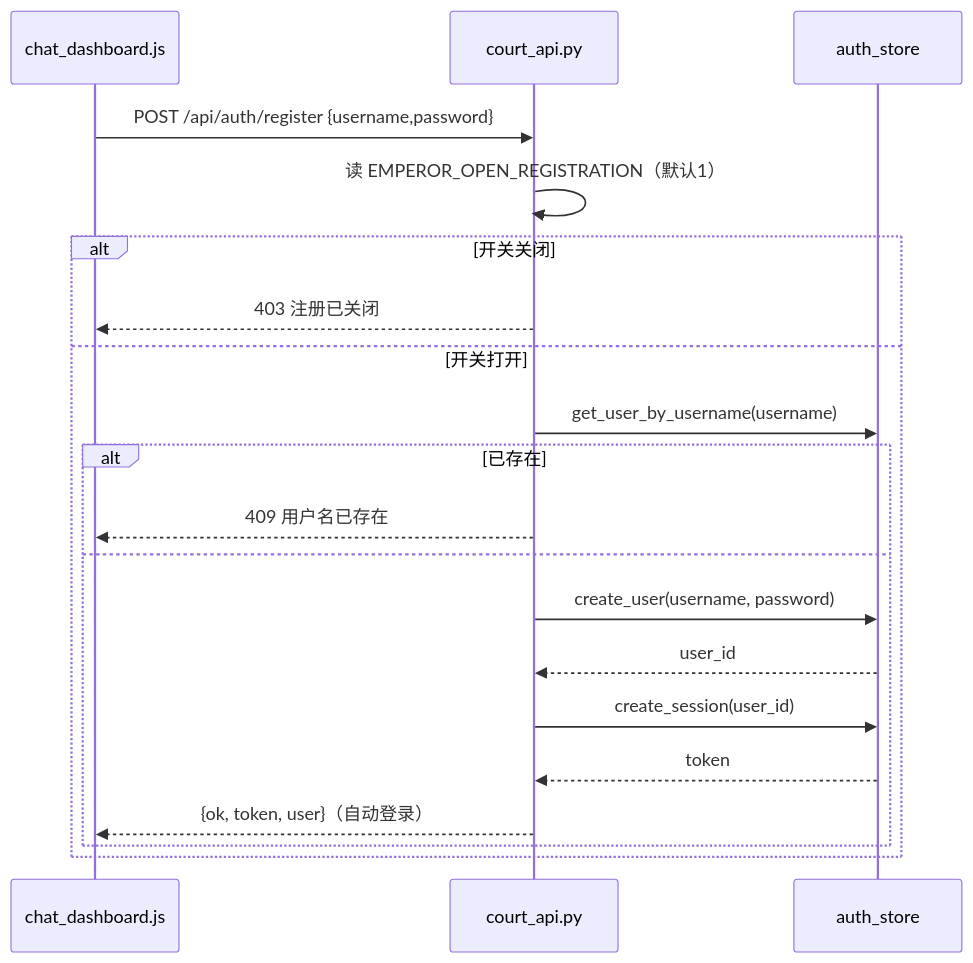
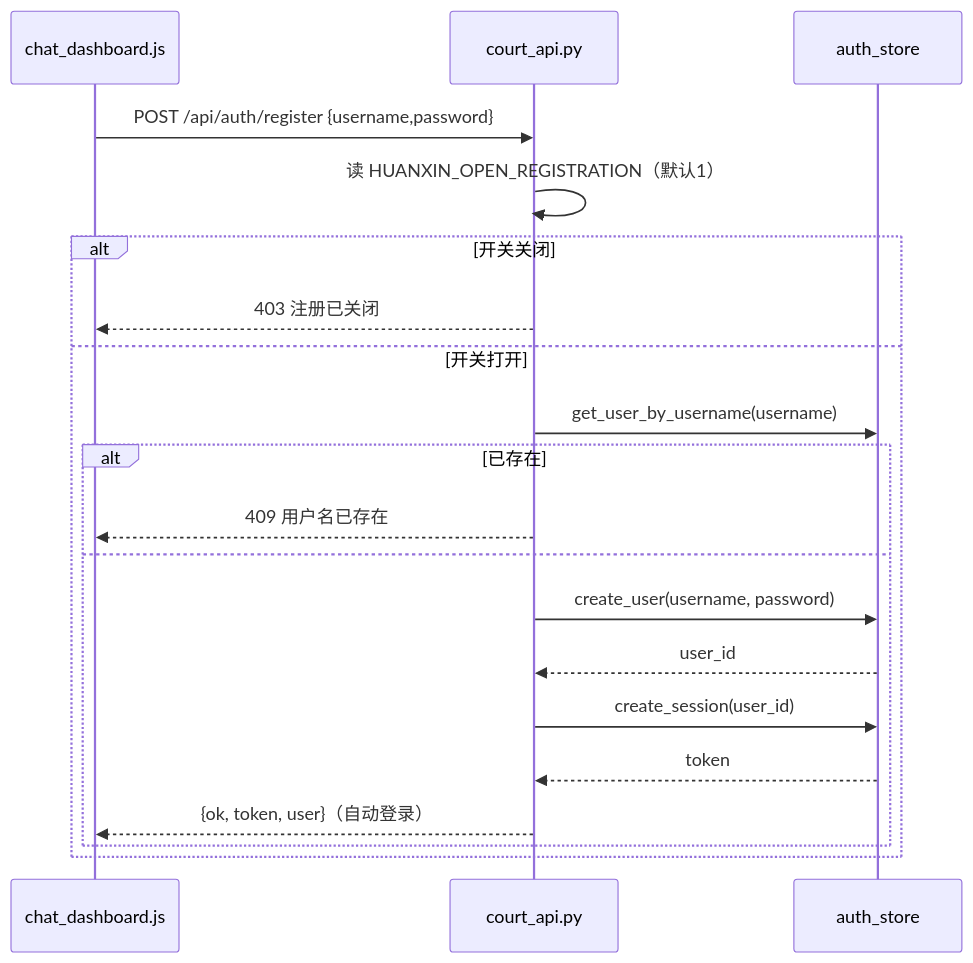
Before and after one commit to kiwoen/emperor-core: the second of 6 diagrams in emperor-core/docs/ARCH_MULTI_USER_AND_CAPABILITIES.md, drawn with Mermaid. The commit also changed other lines of this file and 1954 other files, not shown here.

````diff
--- a/emperor-core/docs/ARCH_MULTI_USER_AND_CAPABILITIES.md
+++ b/emperor-core/docs/ARCH_MULTI_USER_AND_CAPABILITIES.md
@@ -209,23 +209,23 @@
 ```mermaid
 sequenceDiagram
     participant FE as chat_dashboard.js
     participant API as court_api.py
     participant AS as auth_store
 
     FE->>API: POST /api/auth/register {username,password}
-    API->>API: 读 EMPEROR_OPEN_REGISTRATION（默认1）
+    API->>API: 读 HUANXIN_OPEN_REGISTRATION（默认1）
     alt 开关关闭
         API-->>FE: 403 注册已关闭
     else 开关打开
         API->>AS: get_user_by_username(username)
         alt 已存在
             API-->>FE: 409 用户名已存在
         else
             API->>AS: create_user(username, password)
             AS-->>API: user_id
             API->>AS: create_session(user_id)
             AS-->>API: token
             API-->>FE: {ok, token, user}（自动登录）
         end
     end
 ```
````
